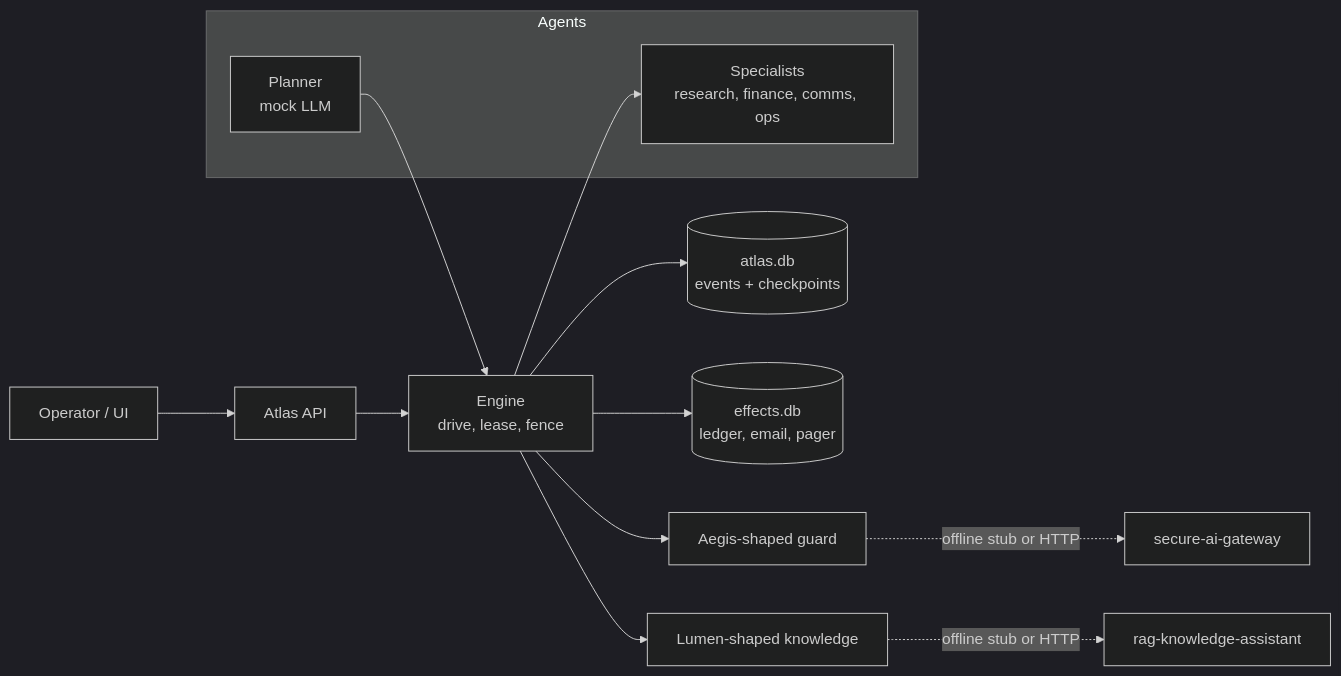
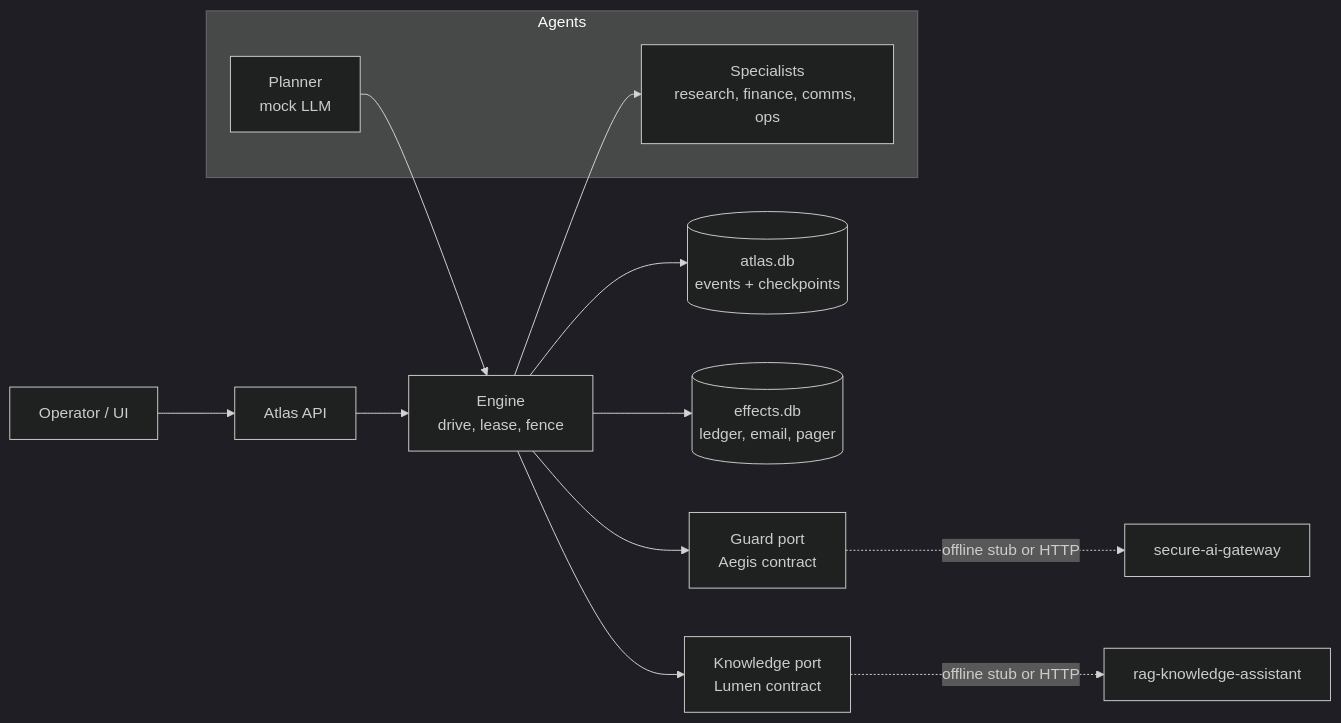
One commit to kumarlakshya24/enterprise-ai-platform changed the diagram in atlas/README.md. Above: the diagram before and after it, drawn with Mermaid (dark theme). The commit also changed other lines of this file and 2 other files, not shown here.

First line of the commit message:
Lead Atlas docs with architecture, SLOs, and production mapping.

````diff
--- a/atlas/README.md
+++ b/atlas/README.md
@@ -106,17 +14,17 @@
 ```mermaid
 flowchart LR
   subgraph Agents
     P[Planner<br/>mock LLM]
     S[Specialists<br/>research, finance, comms, ops]
   end
   U[Operator / UI] --> API[Atlas API]
   API --> ENG[Engine<br/>drive, lease, fence]
   P --> ENG
   ENG --> S
-  ENG --> GUARD[Aegis-shaped guard]
-  ENG --> LUMEN[Lumen-shaped knowledge]
+  ENG --> GUARD[Guard port<br/>Aegis contract]
+  ENG --> LUMEN[Knowledge port<br/>Lumen contract]
   ENG --> LOG[(atlas.db<br/>events + checkpoints)]
   ENG --> FX[(effects.db<br/>ledger, email, pager)]
   GUARD -. offline stub or HTTP .-> AEGIS[secure-ai-gateway]
   LUMEN -. offline stub or HTTP .-> RAG[rag-knowledge-assistant]
 ```
````
